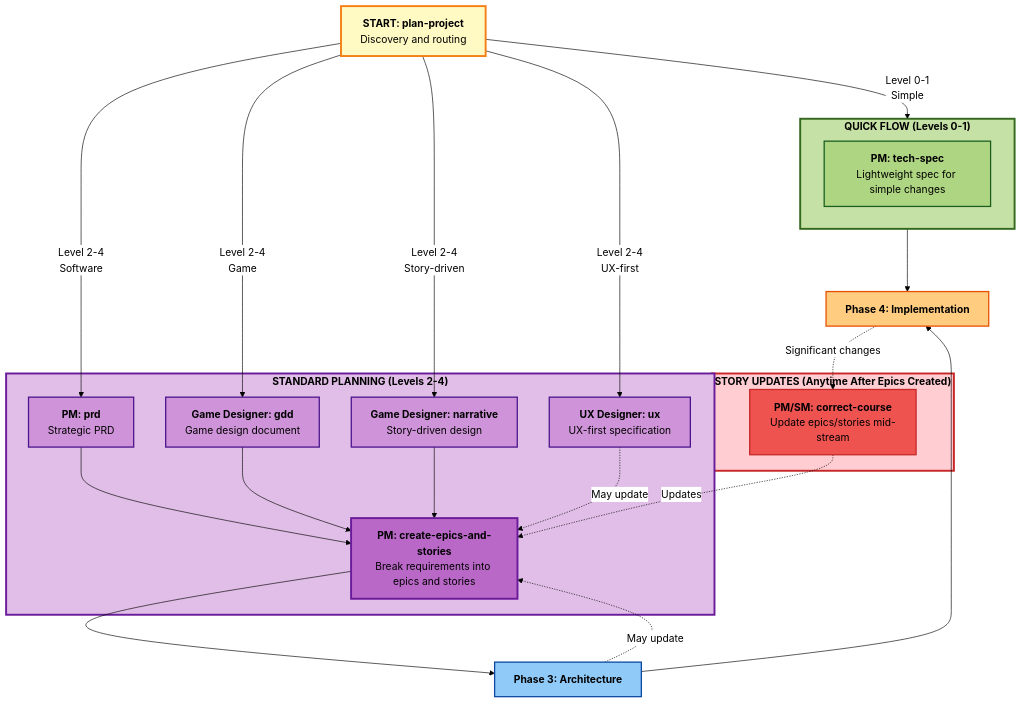
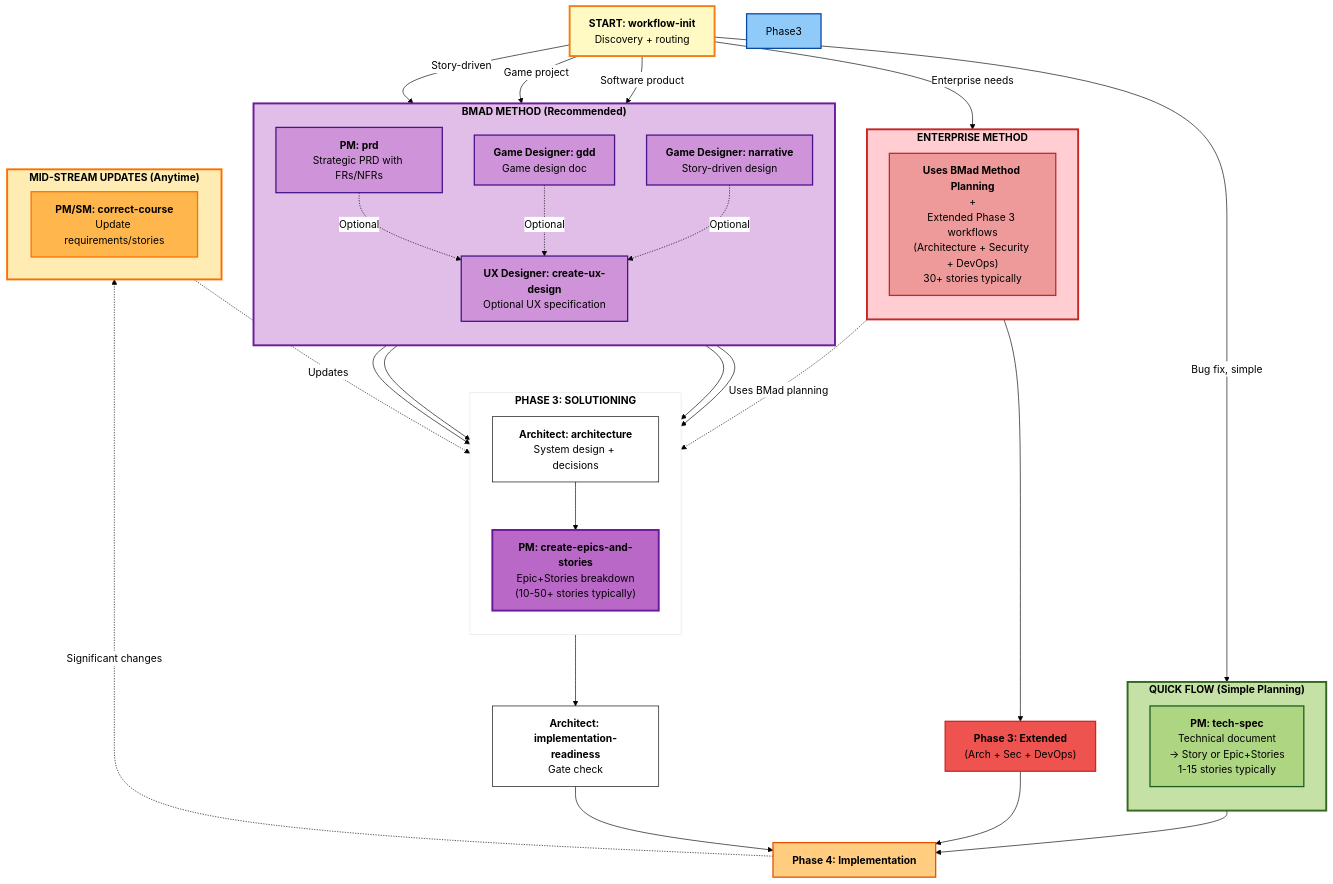
Before and after one commit to glennlugod/hl7-capture: the diagram in bmad/bmm/docs/workflows-planning.md, drawn with Mermaid. The commit also changed other lines of this file and 218 other files, not shown here.

````diff
--- a/bmad/bmm/docs/workflows-planning.md
+++ b/bmad/bmm/docs/workflows-planning.md
@@ -13,57 +17,78 @@
 ```mermaid
 %%{init: {'theme':'base', 'themeVariables': { 'primaryColor':'#fff','primaryTextColor':'#000','primaryBorderColor':'#000','lineColor':'#000','fontSize':'16px','fontFamily':'arial'}}}%%
 graph TB
-    Entry["<b>START: plan-project</b><br/>Discovery and routing"]
+    Start["<b>START: workflow-init</b><br/>Discovery + routing"]
 
-    subgraph QuickFlow["<b>QUICK FLOW (Levels 0-1)</b>"]
-        TechSpec["<b>PM: tech-spec</b><br/>Lightweight spec for simple changes"]
+    subgraph QuickFlow["<b>QUICK FLOW (Simple Planning)</b>"]
+        direction TB
+        TechSpec["<b>PM: tech-spec</b><br/>Technical document<br/>→ Story or Epic+Stories<br/>1-15 stories typically"]
     end
 
-    subgraph StandardFlow["<b>STANDARD PLANNING (Levels 2-4)</b>"]
-        PRD["<b>PM: prd</b><br/>Strategic PRD"]
-        GDD["<b>Game Designer: gdd</b><br/>Game design document"]
+    subgraph BMadMethod["<b>BMAD METHOD (Recommended)</b>"]
+        direction TB
+        PRD["<b>PM: prd</b><br/>Strategic PRD with FRs/NFRs"]
+        GDD["<b>Game Designer: gdd</b><br/>Game design doc"]
         Narrative["<b>Game Designer: narrative</b><br/>Story-driven design"]
-        UXDesign["<b>UX Designer: ux</b><br/>UX-first specification"]
 
-        Epics["<b>PM: create-epics-and-stories</b><br/>Break requirements into epics and stories"]
+        UXDesign["<b>UX Designer: create-ux-design</b><br/>Optional UX specification"]
     end
 
-    subgraph Updates["<b>STORY UPDATES (Anytime After Epics Created)</b>"]
-        CorrectCourse["<b>PM/SM: correct-course</b><br/>Update epics/stories mid-stream"]
+    subgraph Solutioning["<b>PHASE 3: SOLUTIONING</b>"]
+        direction TB
+        Architecture["<b>Architect: architecture</b><br/>System design + decisions"]
+        Epics["<b>PM: create-epics-and-stories</b><br/>Epic+Stories breakdown<br/>(10-50+ stories typically)"]
     end
 
-    Entry -->|Level 0-1<br/>Simple| QuickFlow
-    Entry -->|Level 2-4<br/>Software| PRD
-    Entry -->|Level 2-4<br/>Game| GDD
-    Entry -->|Level 2-4<br/>Story-driven| Narrative
-    Entry -->|Level 2-4<br/>UX-first| UXDesign
+    subgraph Enterprise["<b>ENTERPRISE METHOD</b>"]
+        direction TB
+        EntNote["<b>Uses BMad Method Planning</b><br/>+<br/>Extended Phase 3 workflows<br/>(Architecture + Security + DevOps)<br/>30+ stories typically"]
+    end
 
-    PRD --> Epics
-    GDD --> Epics
-    Narrative --> Epics
-    UXDesign -.->|May update| Epics
+    subgraph Updates["<b>MID-STREAM UPDATES (Anytime)</b>"]
+        direction LR
+        CorrectCourse["<b>PM/SM: correct-course</b><br/>Update requirements/stories"]
+    end
 
-    Epics --> Phase3["<b>Phase 3: Architecture</b>"]
-    Phase3 -.->|May update| Epics
+    Start -->|Bug fix, simple| QuickFlow
+    Start -->|Software product| PRD
+    Start -->|Game project| GDD
+    Start -->|Story-driven| Narrative
+    Start -->|Enterprise needs| Enterprise
+
+    PRD -.->|Optional| UXDesign
+    GDD -.->|Optional| UXDesign
+    Narrative -.->|Optional| UXDesign
+    PRD --> Architecture
+    GDD --> Architecture
+    Narrative --> Architecture
+    UXDesign --> Architecture
+    Architecture --> Epics
 
     QuickFlow --> Phase4["<b>Phase 4: Implementation</b>"]
-    Phase3 --> Phase4
+    Epics --> ReadinessCheck["<b>Architect: implementation-readiness</b><br/>Gate check"]
+    Enterprise -.->|Uses BMad planning| Architecture
+    Enterprise --> Phase3Ext["<b>Phase 3: Extended</b><br/>(Arch + Sec + DevOps)"]
+    ReadinessCheck --> Phase4
+    Phase3Ext --> Phase4
 
     Phase4 -.->|Significant changes| CorrectCourse
     CorrectCourse -.->|Updates| Epics
 
-    style Entry fill:#fff9c4,stroke:#f57f17,stroke-width:3px,color:#000
+    style Start fill:#fff9c4,stroke:#f57f17,stroke-width:3px,color:#000
     style QuickFlow fill:#c5e1a5,stroke:#33691e,stroke-width:3px,color:#000
-    style StandardFlow fill:#e1bee7,stroke:#6a1b9a,stroke-width:3px,color:#000
-    style Updates fill:#ffcdd2,stroke:#c62828,stroke-width:3px,color:#000
+    style BMadMethod fill:#e1bee7,stroke:#6a1b9a,stroke-width:3px,color:#000
+    style Enterprise fill:#ffcdd2,stroke:#c62828,stroke-width:3px,color:#000
+    style Updates fill:#ffecb3,stroke:#ff6f00,stroke-width:3px,color:#000
     style Phase3 fill:#90caf9,stroke:#0d47a1,stroke-width:2px,color:#000
     style Phase4 fill:#ffcc80,stroke:#e65100,stroke-width:2px,color:#000
 
     style TechSpec fill:#aed581,stroke:#1b5e20,stroke-width:2px,color:#000
     style PRD fill:#ce93d8,stroke:#4a148c,stroke-width:2px,color:#000
     style GDD fill:#ce93d8,stroke:#4a148c,stroke-width:2px,color:#000
     style Narrative fill:#ce93d8,stroke:#4a148c,stroke-width:2px,color:#000
     style UXDesign fill:#ce93d8,stroke:#4a148c,stroke-width:2px,color:#000
     style Epics fill:#ba68c8,stroke:#6a1b9a,stroke-width:3px,color:#000
-    style CorrectCourse fill:#ef5350,stroke:#c62828,stroke-width:2px,color:#000
+    style EntNote fill:#ef9a9a,stroke:#c62828,stroke-width:2px,color:#000
+    style Phase3Ext fill:#ef5350,stroke:#c62828,stroke-width:2px,color:#000
+    style CorrectCourse fill:#ffb74d,stroke:#ff6f00,stroke-width:2px,color:#000
 ```
````
